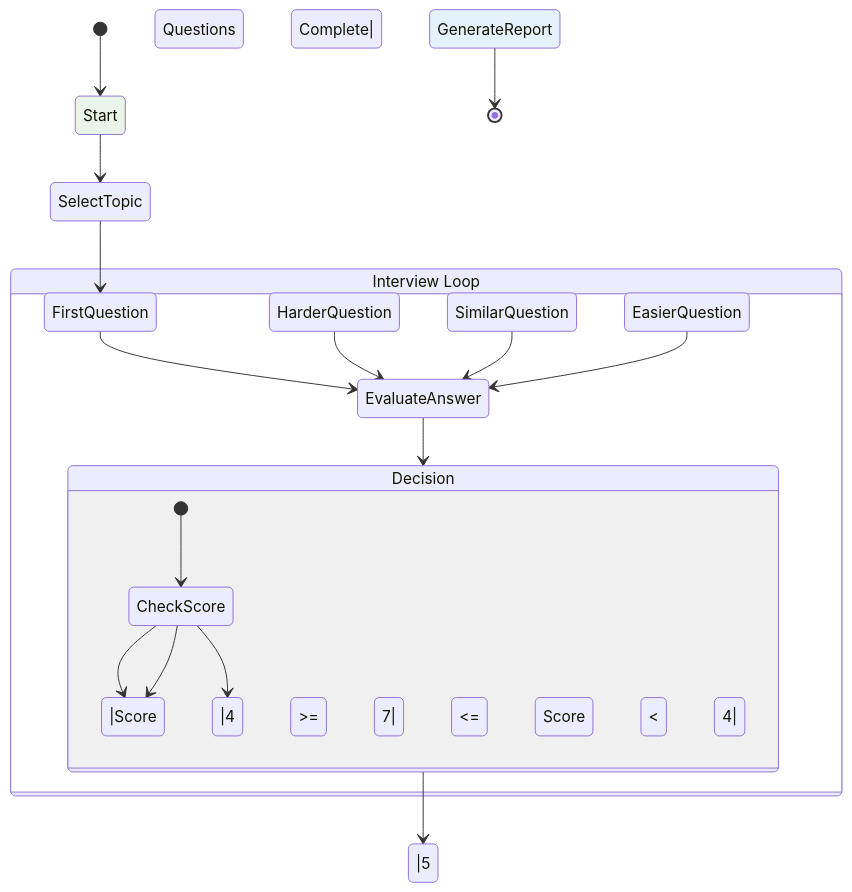
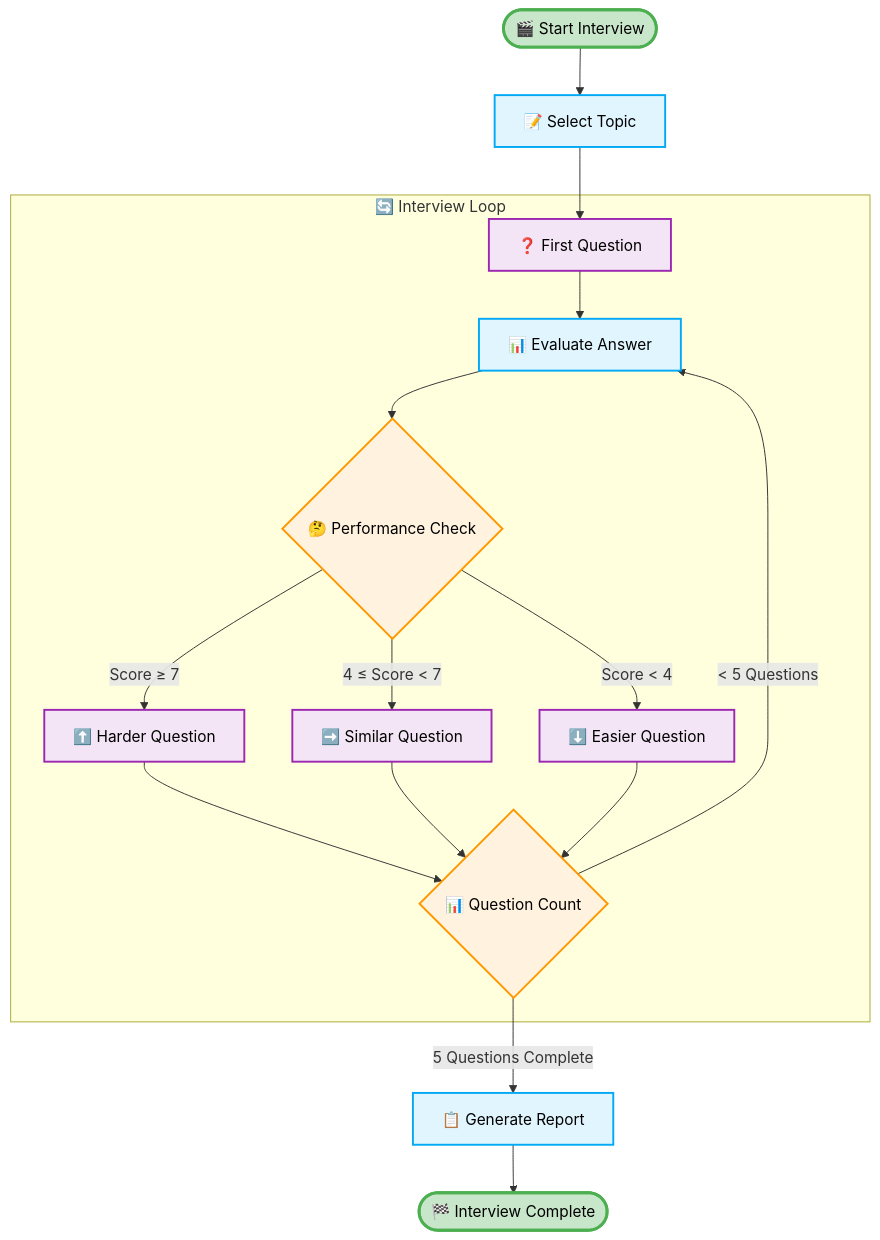
One commit to VIKAS9793/ai-interviewer-langchain changed the second of 4 diagrams in README.md. Above: the diagram before and after it, drawn with Mermaid. The commit also changed other lines of this file, not shown here.

First line of the commit message:
fix: improve Mermaid diagram visibility and contrast in README

````diff
--- a/README.md
+++ b/README.md
@@ -299,29 +304,33 @@
 ```mermaid
-stateDiagram-v2
-    [*] --> Start
-    Start --> SelectTopic
-    SelectTopic --> FirstQuestion
+flowchart TD
+    Start([🎬 Start Interview]) --> SelectTopic[📝 Select Topic]
+    SelectTopic --> FirstQuestion[❓ First Question]
     
-    state "Interview Loop" as interview {
-        FirstQuestion --> EvaluateAnswer
-        EvaluateAnswer --> Decision
+    subgraph InterviewLoop ["🔄 Interview Loop"]
+        FirstQuestion --> EvaluateAnswer[📊 Evaluate Answer]
+        EvaluateAnswer --> Decision{🤔 Performance Check}
         
-        state Decision {
-            [*] --> CheckScore
-            CheckScore -->|Score >= 7| HarderQuestion
-            CheckScore -->|4 <= Score < 7| SimilarQuestion  
-            CheckScore -->|Score < 4| EasierQuestion
-        }
+        Decision -->|Score ≥ 7| HarderQuestion[⬆️ Harder Question]
+        Decision -->|4 ≤ Score < 7| SimilarQuestion[➡️ Similar Question]
+        Decision -->|Score < 4| EasierQuestion[⬇️ Easier Question]
         
-        HarderQuestion --> EvaluateAnswer
-        SimilarQuestion --> EvaluateAnswer
-        EasierQuestion --> EvaluateAnswer
-    }
+        HarderQuestion --> QuestionCount{📊 Question Count}
+        SimilarQuestion --> QuestionCount
+        EasierQuestion --> QuestionCount
+        
+        QuestionCount -->|< 5 Questions| EvaluateAnswer
+    end
     
-    Decision -->|5 Questions Complete| GenerateReport
-    GenerateReport --> [*]
+    QuestionCount -->|5 Questions Complete| GenerateReport[📋 Generate Report]
+    GenerateReport --> End([🏁 Interview Complete])
     
-    style Start fill:#e8f5e8
-    style GenerateReport fill:#e3f2fd
-    style Decision fill:#fff3e0
+    classDef startEnd fill:#c8e6c9,stroke:#4caf50,stroke-width:3px,color:#000000
+    classDef process fill:#e1f5fe,stroke:#03a9f4,stroke-width:2px,color:#000000
+    classDef decision fill:#fff3e0,stroke:#ff9800,stroke-width:2px,color:#000000
+    classDef question fill:#f3e5f5,stroke:#9c27b0,stroke-width:2px,color:#000000
+    
+    class Start,End startEnd
+    class SelectTopic,EvaluateAnswer,GenerateReport process
+    class Decision,QuestionCount decision
+    class FirstQuestion,HarderQuestion,SimilarQuestion,EasierQuestion question
 ```
````
